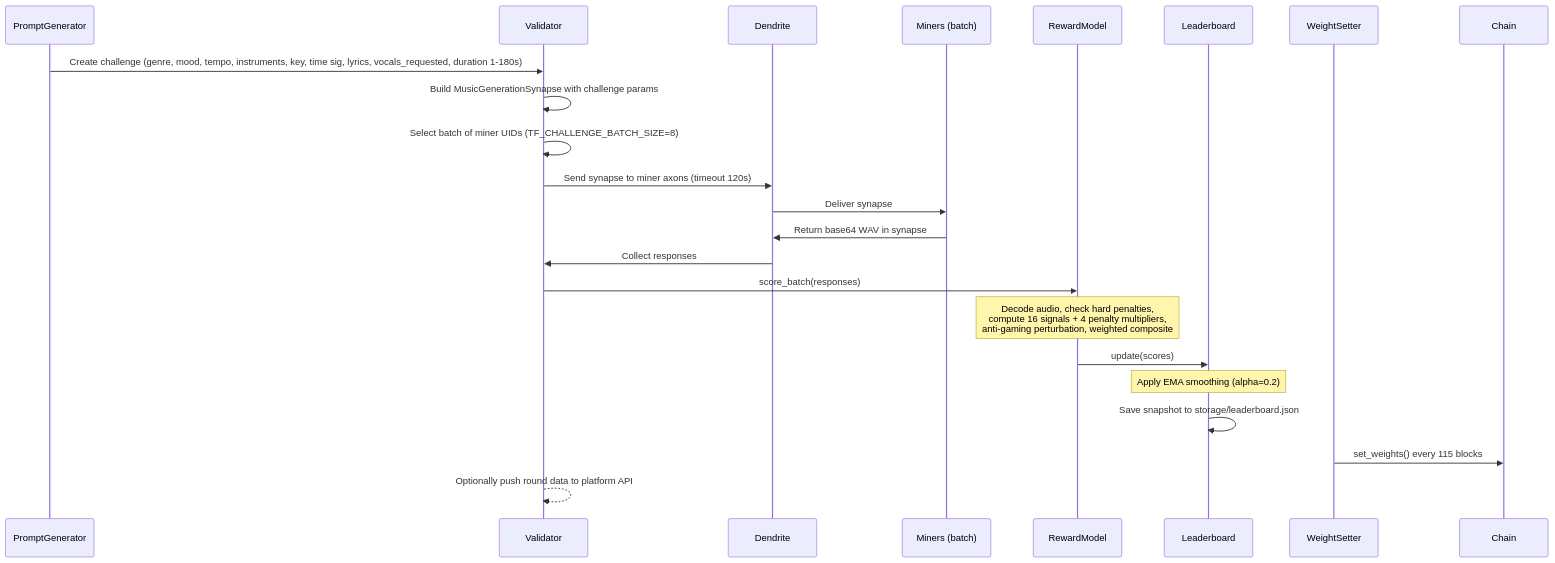
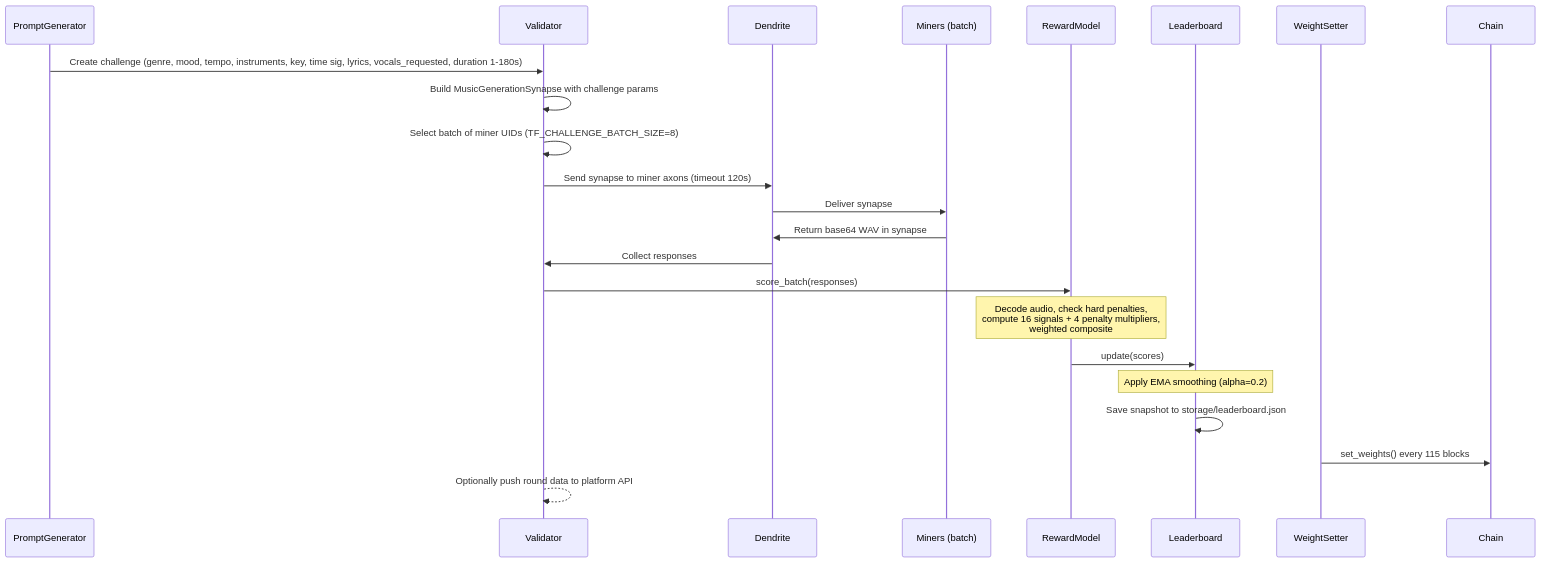
Before and after one commit to borgg-dev/tuneforge: the second of 4 diagrams in docs/setup.md, drawn with Mermaid. The commit also changed other lines of this file and 7 other files, not shown here.

````diff
--- a/docs/setup.md
+++ b/docs/setup.md
@@ -99,26 +99,26 @@
 ```mermaid
 sequenceDiagram
     participant PG as PromptGenerator
     participant V as Validator
     participant D as Dendrite
     participant M as Miners (batch)
     participant RM as RewardModel
     participant LB as Leaderboard
     participant WS as WeightSetter
     participant C as Chain
 
     PG->>V: Create challenge (genre, mood, tempo, instruments, key, time sig, lyrics, vocals_requested, duration 1-180s)
     V->>V: Build MusicGenerationSynapse with challenge params
     V->>V: Select batch of miner UIDs (TF_CHALLENGE_BATCH_SIZE=8)
     V->>D: Send synapse to miner axons (timeout 120s)
     D->>M: Deliver synapse
     M->>D: Return base64 WAV in synapse
     D->>V: Collect responses
     V->>RM: score_batch(responses)
-    Note over RM: Decode audio, check hard penalties,<br/>compute 16 signals + 4 penalty multipliers,<br/>anti-gaming perturbation, weighted composite
+    Note over RM: Decode audio, check hard penalties,<br/>compute 16 signals + 4 penalty multipliers,<br/>weighted composite
     RM->>LB: update(scores)
     Note over LB: Apply EMA smoothing (alpha=0.2)
     LB->>LB: Save snapshot to storage/leaderboard.json
     WS->>C: set_weights() every 115 blocks
     V-->>V: Optionally push round data to platform API
 ```
````
